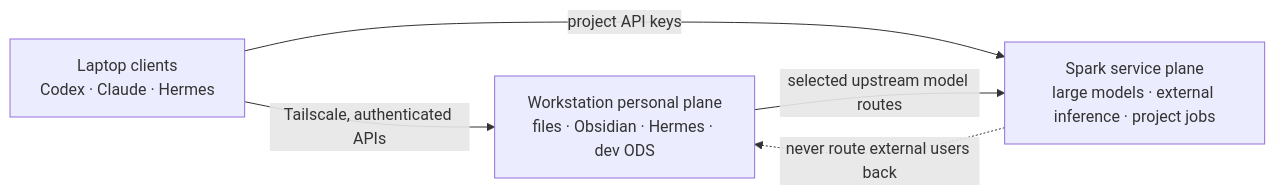
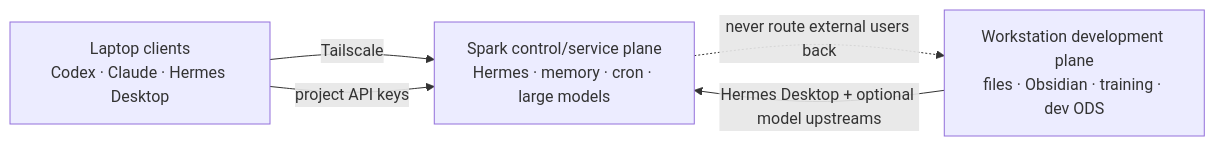
One commit to snknitin/LLMwiki changed the diagram in Local_Setup/local-ai-tooling-catalog-and-rollout.md. Above: the diagram before and after it, drawn with Mermaid. The commit also changed other lines of this file and 4 other files, not shown here.

````diff
--- a/Local_Setup/local-ai-tooling-catalog-and-rollout.md
+++ b/Local_Setup/local-ai-tooling-catalog-and-rollout.md
@@ -478,7 +478,7 @@
 ```mermaid
 flowchart LR
-    L["Laptop clients<br/>Codex · Claude · Hermes"] -->|Tailscale, authenticated APIs| W["Workstation personal plane<br/>files · Obsidian · Hermes · dev ODS"]
-    L -->|project API keys| S["Spark service plane<br/>large models · external inference · project jobs"]
-    W -->|selected upstream model routes| S
+    L["Laptop clients<br/>Codex · Claude · Hermes Desktop"] -->|Tailscale| S["Spark control/service plane<br/>Hermes · memory · cron · large models"]
+    W["Workstation development plane<br/>files · Obsidian · training · dev ODS"] -->|Hermes Desktop + optional model upstreams| S
+    L -->|project API keys| S
     S -. "never route external users back" .-> W
 ```
````
